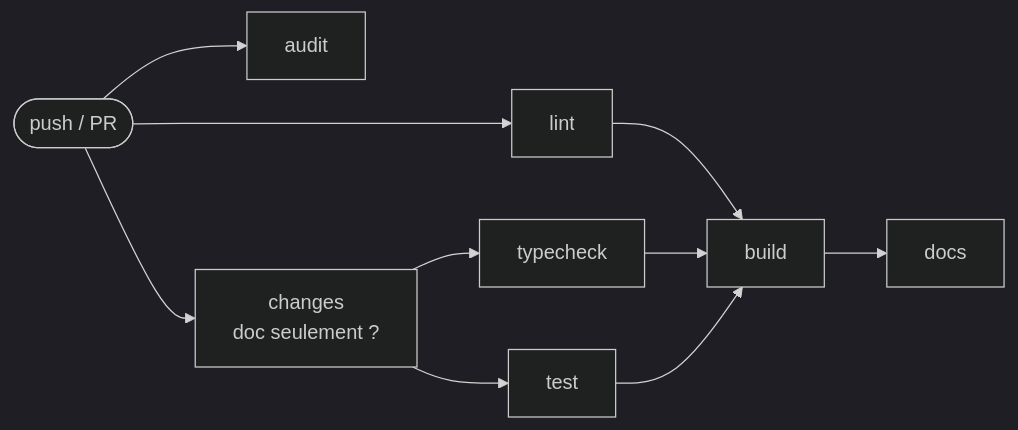
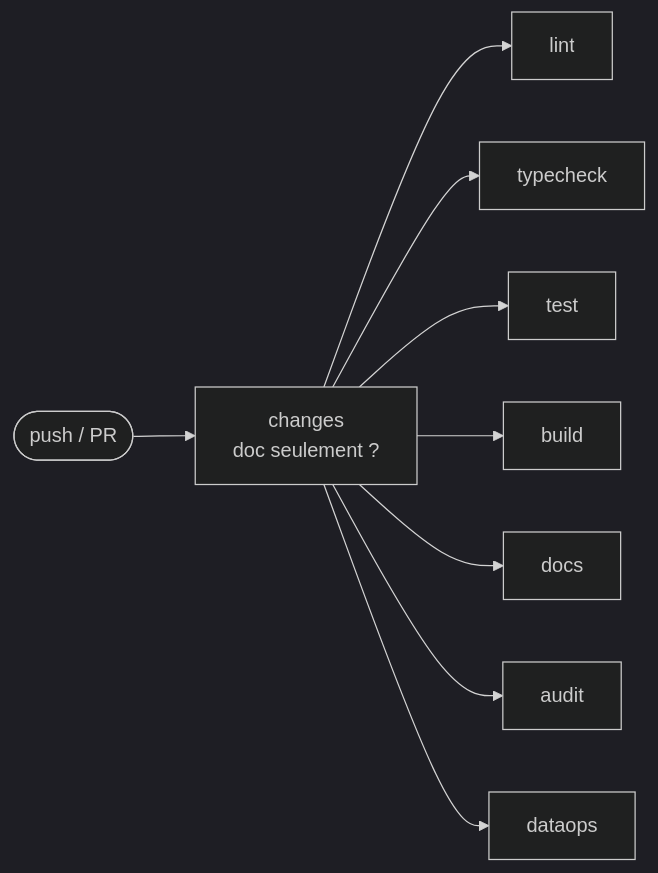
One commit to univ-lehavre/atlas changed the second of 2 diagrams in docs/src/content/docs/quality/ci-pipeline.md. Above: the diagram before and after it, drawn with Mermaid (dark theme). The commit also changed other lines of this file and 16 other files, not shown here.

````diff
--- a/docs/src/content/docs/quality/ci-pipeline.md
+++ b/docs/src/content/docs/quality/ci-pipeline.md
@@ -86,10 +86,11 @@
 ```mermaid
 flowchart LR
-    push([push / PR]) --> lint[lint]
-    push --> audit[audit]
-    push --> changes[changes<br/>doc seulement ?]
+    push([push / PR]) --> changes[changes<br/>doc seulement ?]
+    changes --> lint[lint]
     changes --> typecheck[typecheck]
     changes --> test[test]
-    lint & typecheck & test --> build[build]
-    build --> docs[docs]
+    changes --> build[build]
+    changes --> docs[docs]
+    changes --> audit[audit]
+    changes --> dataops[dataops]
 ```
````
